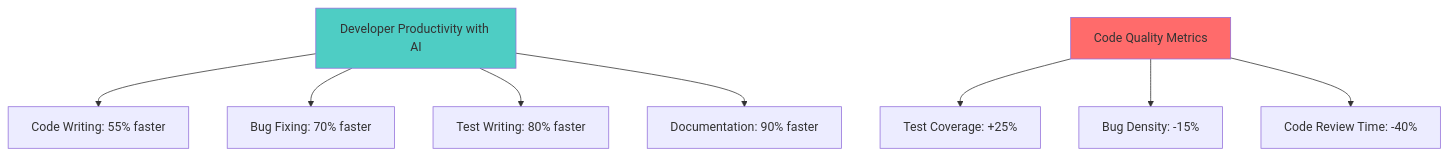
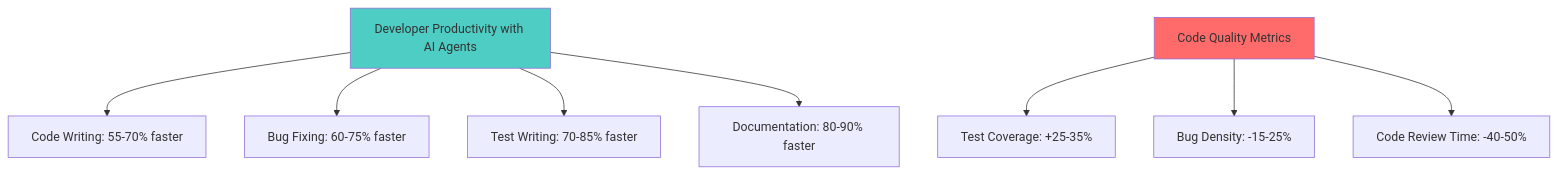
One commit to DreamLab-AI/dreamlab-ai-website changed the fifth of 5 diagrams in public/data/workshops/workshop-06-codex/00_introduction.md. Above: the diagram before and after it, drawn with Mermaid. The commit also changed other lines of this file and 111 other files, not shown here.

````diff
--- a/public/data/workshops/workshop-06-codex/00_introduction.md
+++ b/public/data/workshops/workshop-06-codex/00_introduction.md
@@ -256,14 +265,14 @@
 ```mermaid
 graph TD
-    A[Developer Productivity with AI] --> B[Code Writing: 55% faster]
-    A --> C[Bug Fixing: 70% faster]
-    A --> D[Test Writing: 80% faster]
-    A --> E[Documentation: 90% faster]
+    A[Developer Productivity with AI Agents] --> B[Code Writing: 55-70% faster]
+    A --> C[Bug Fixing: 60-75% faster]
+    A --> D[Test Writing: 70-85% faster]
+    A --> E[Documentation: 80-90% faster]
 
-    F[Code Quality Metrics] --> G[Test Coverage: +25%]
-    F --> H[Bug Density: -15%]
-    F --> I[Code Review Time: -40%]
+    F[Code Quality Metrics] --> G[Test Coverage: +25-35%]
+    F --> H[Bug Density: -15-25%]
+    F --> I[Code Review Time: -40-50%]
 
     style A fill:#4ecdc4
     style F fill:#ff6b6b
 ```
````
